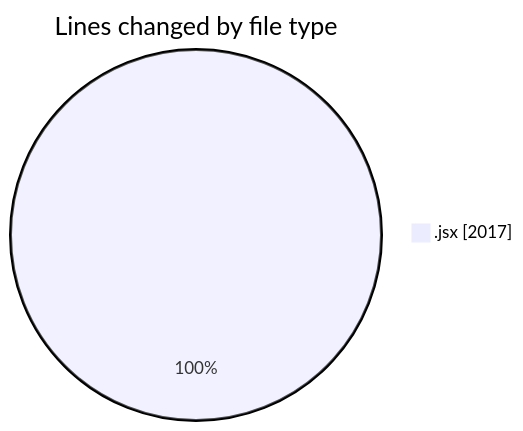
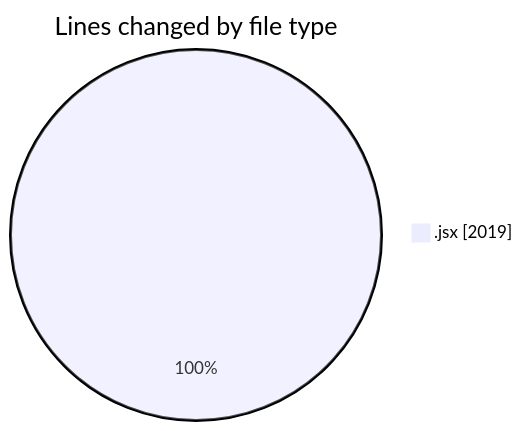
One commit to nxtqubesakshisongat/code-tracking changed the first of 2 diagrams in 2025-05-26/nxtqube_webapp/README.md. Above: the diagram before and after it, drawn with Mermaid. The commit also changed other lines of this file and 1 other file, not shown here.

````diff
--- a/2025-05-26/nxtqube_webapp/README.md
+++ b/2025-05-26/nxtqube_webapp/README.md
@@ -21,5 +21,5 @@
 ```mermaid
 pie showData
 title Lines changed by file type
-".jsx" : 2017
+".jsx" : 2019
 ```
````
